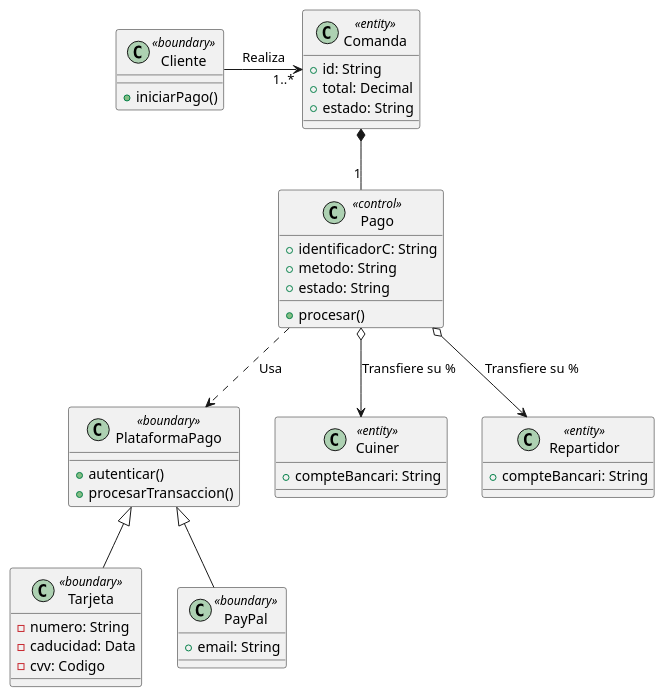
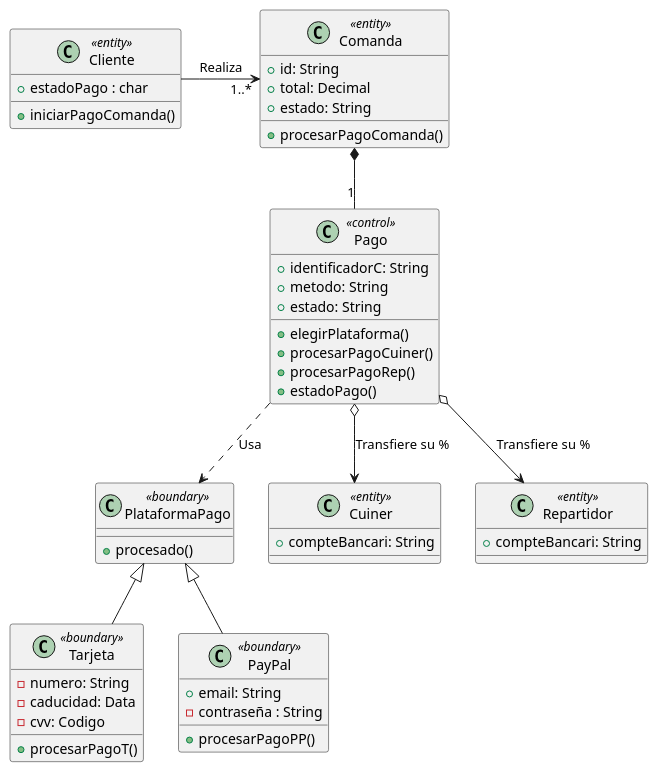
Before and after one commit to dabien3/ES25UAB-511-05: the diagram in documents/Diagrama Clases/CodeUML/bloq4.pUML, drawn with PlantUML.

```diff
--- a/documents/Diagrama Clases/CodeUML/bloq4.pUML
+++ b/documents/Diagrama Clases/CodeUML/bloq4.pUML
@@ -1,54 +1,64 @@
 @startuml
 
-class Cliente <<boundary>> {
-  + iniciarPago()
+class Cliente <<entity>> {
+  + estadoPago : char
+  + iniciarPagoComanda()
 }
 
 class Comanda <<entity>> {
   + id: String
   + total: Decimal
   + estado: String
+  + procesarPagoComanda()
 }
 
 class Pago <<control>> {
   + identificadorC: String
   + metodo: String
   + estado: String
-  + procesar()
+  + elegirPlataforma()
+  + procesarPagoCuiner()
+  + procesarPagoRep()
+  + estadoPago()
+  
 }
 
 class Cuiner <<entity>> {
   + compteBancari: String
 }
 
 class Repartidor <<entity>> {
   + compteBancari: String
 }
 
 class "Tarjeta" <<boundary>> {
   - numero: String
   - caducidad: Data
   - cvv: Codigo
+  + procesarPagoT()
 }
 
 class PayPal <<boundary>> {
   + email: String
+  - contraseña : String
+  + procesarPagoPP()
+
 }
 
 class PlataformaPago <<boundary>> {
-  + autenticar()
-  + procesarTransaccion()
+  + procesado()
+ 
 }
 
 Cliente -> "1..*" Comanda : "Realiza"
 
 Comanda *-- "1" Pago 
 Pago ..> PlataformaPago : "Usa" 
 
 Pago o--> Cuiner : "Transfiere su %"
 Pago o--> Repartidor : "Transfiere su %"
 
 Tarjeta -up-|> PlataformaPago 
 PayPal -up-|> PlataformaPago 
 
 @enduml
```
